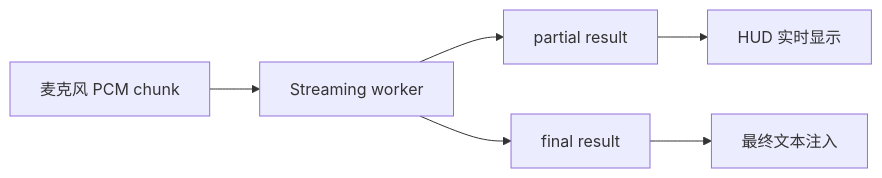
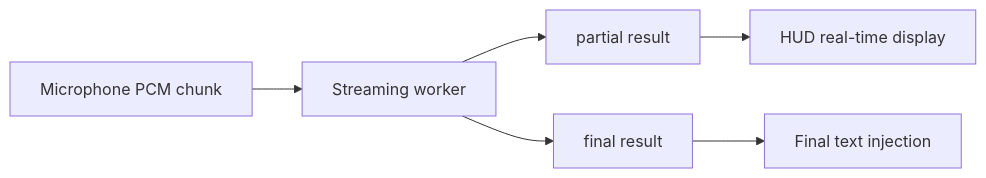
The second of 2 diagrams in ARCHITECTURE.md (melody0709/Voice_LLM_ASR_Input), drawn with Mermaid before and after one commit. The commit also changed other lines of this file and 5 other files, not shown here.

````diff
--- a/ARCHITECTURE.md
+++ b/ARCHITECTURE.md
@@ -221,8 +223,8 @@
 ```mermaid
 flowchart LR
-    Mic["麦克风 PCM chunk"] --> Worker["Streaming worker"]
+    Mic["Microphone PCM chunk"] --> Worker["Streaming worker"]
     Worker --> Partial["partial result"]
     Worker --> Final["final result"]
-    Partial --> HUD["HUD 实时显示"]
-    Final --> Inject["最终文本注入"]
+    Partial --> HUD["HUD real-time display"]
+    Final --> Inject["Final text injection"]
 ```
````
